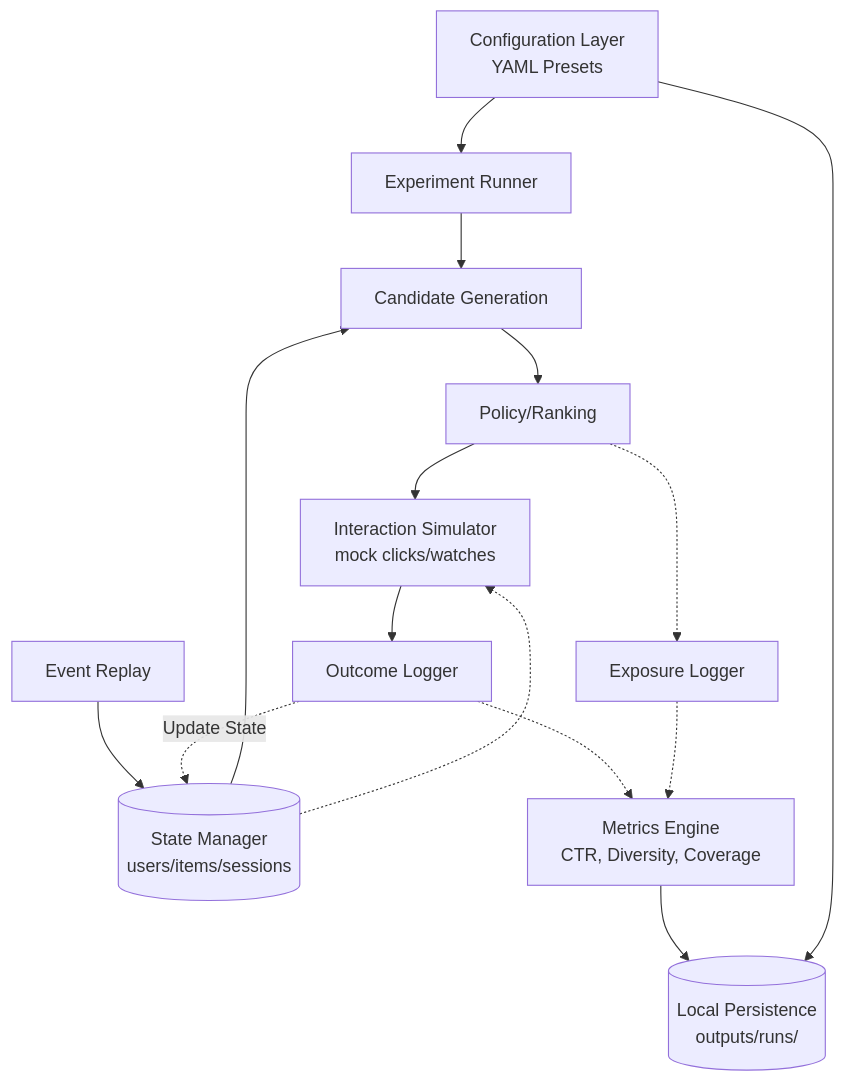
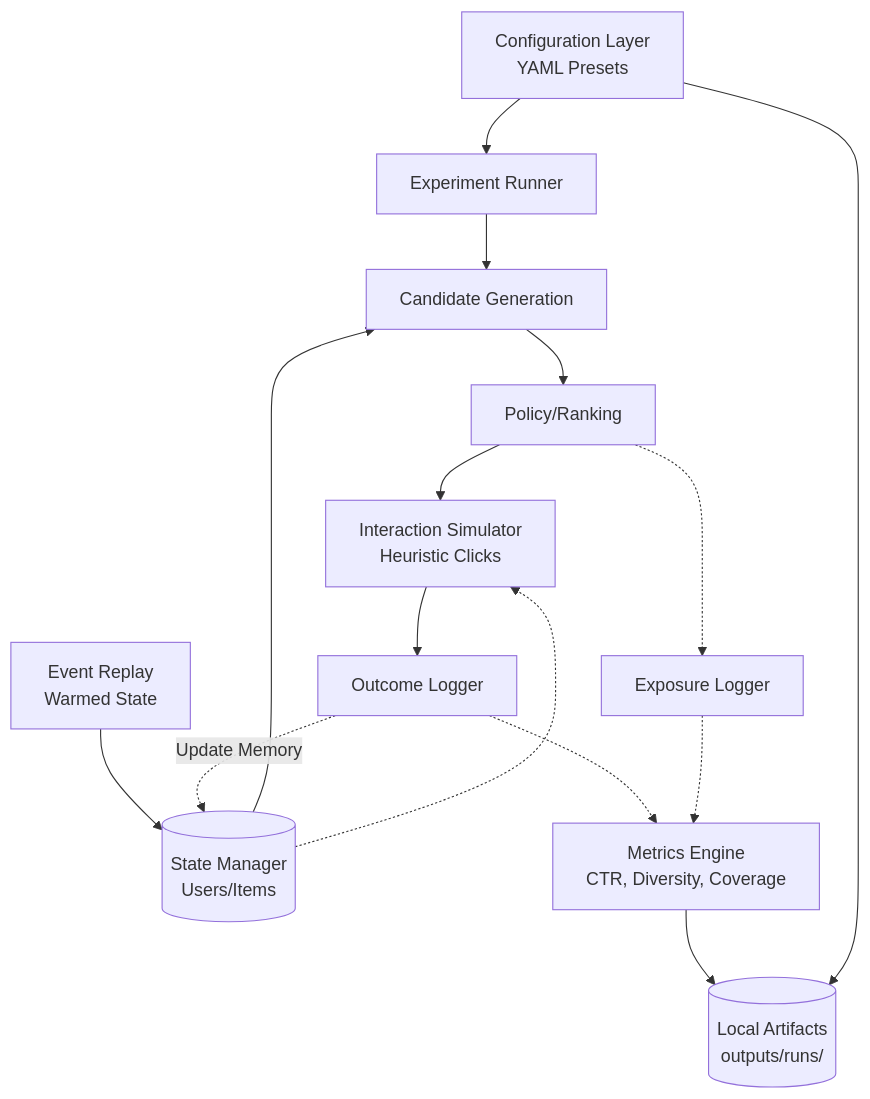
Before and after one commit to SuperfiedStudd/recommendation-quality-lab: the diagram in README.md, drawn with Mermaid. The commit also changed other lines of this file and 13 other files, not shown here.

````diff
--- a/README.md
+++ b/README.md
@@ -50,22 +31,22 @@
 ```mermaid
 graph TD
     Config[Configuration Layer <br> YAML Presets] --> Runner[Experiment Runner]
     
-    A[Event Replay] --> B[(State Manager <br> users/items/sessions)]
+    A[Event Replay <br> Warmed State] --> B[(State Manager <br> Users/Items)]
     
     Runner --> C
     C[Candidate Generation] --> D[Policy/Ranking]
     B --> C
     
-    D --> F[Interaction Simulator <br> mock clicks/watches]
+    D --> F[Interaction Simulator <br> Heuristic Clicks]
     F --> G[Outcome Logger]
     B -.-> F
-    G -.-> |Update State| B
+    G -.-> |Update Memory| B
     
     D -.-> H[Exposure Logger]
     G -.-> I[Metrics Engine <br> CTR, Diversity, Coverage]
     H -.-> I
     
-    I --> Output[(Local Persistence <br> outputs/runs/)]
+    I --> Output[(Local Artifacts <br> outputs/runs/)]
     Config --> Output
 ```
````
